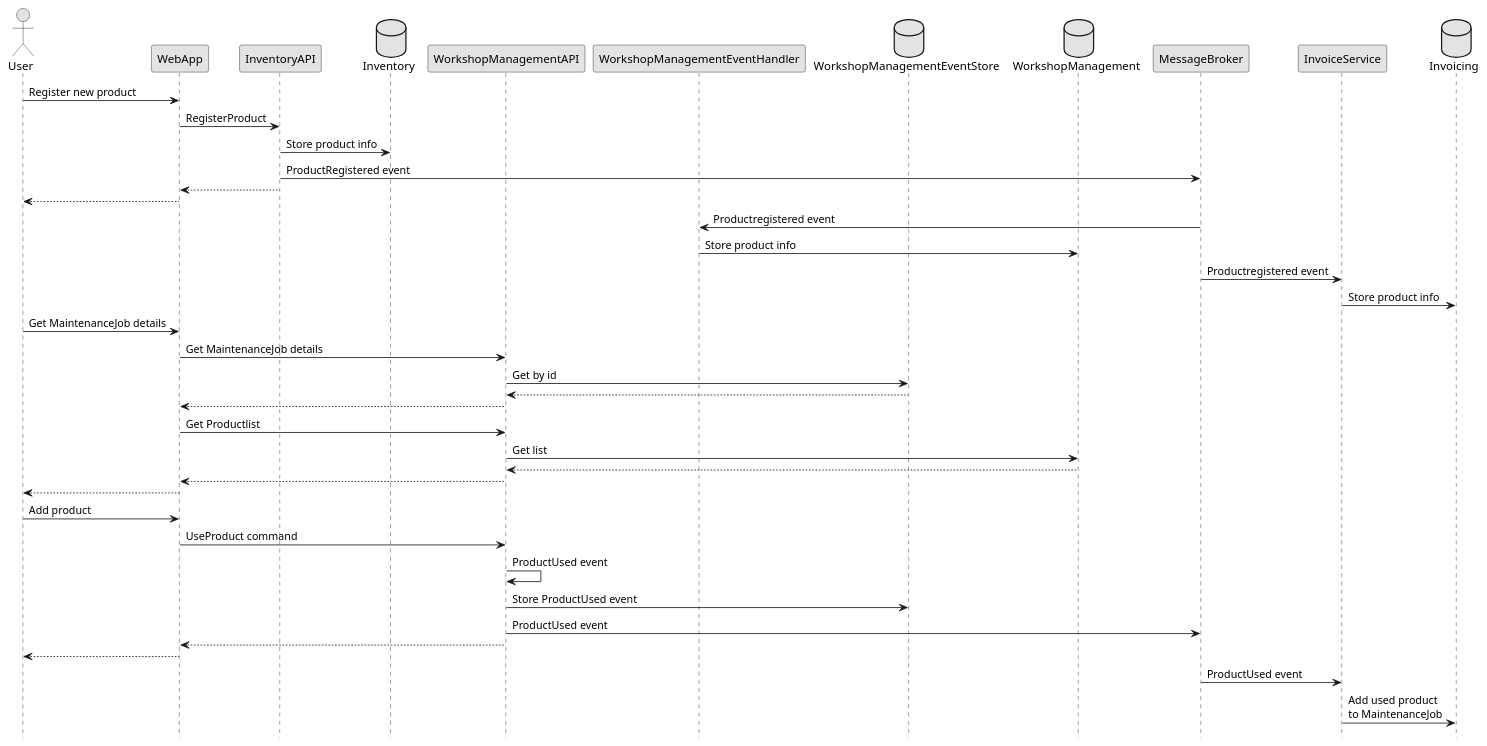
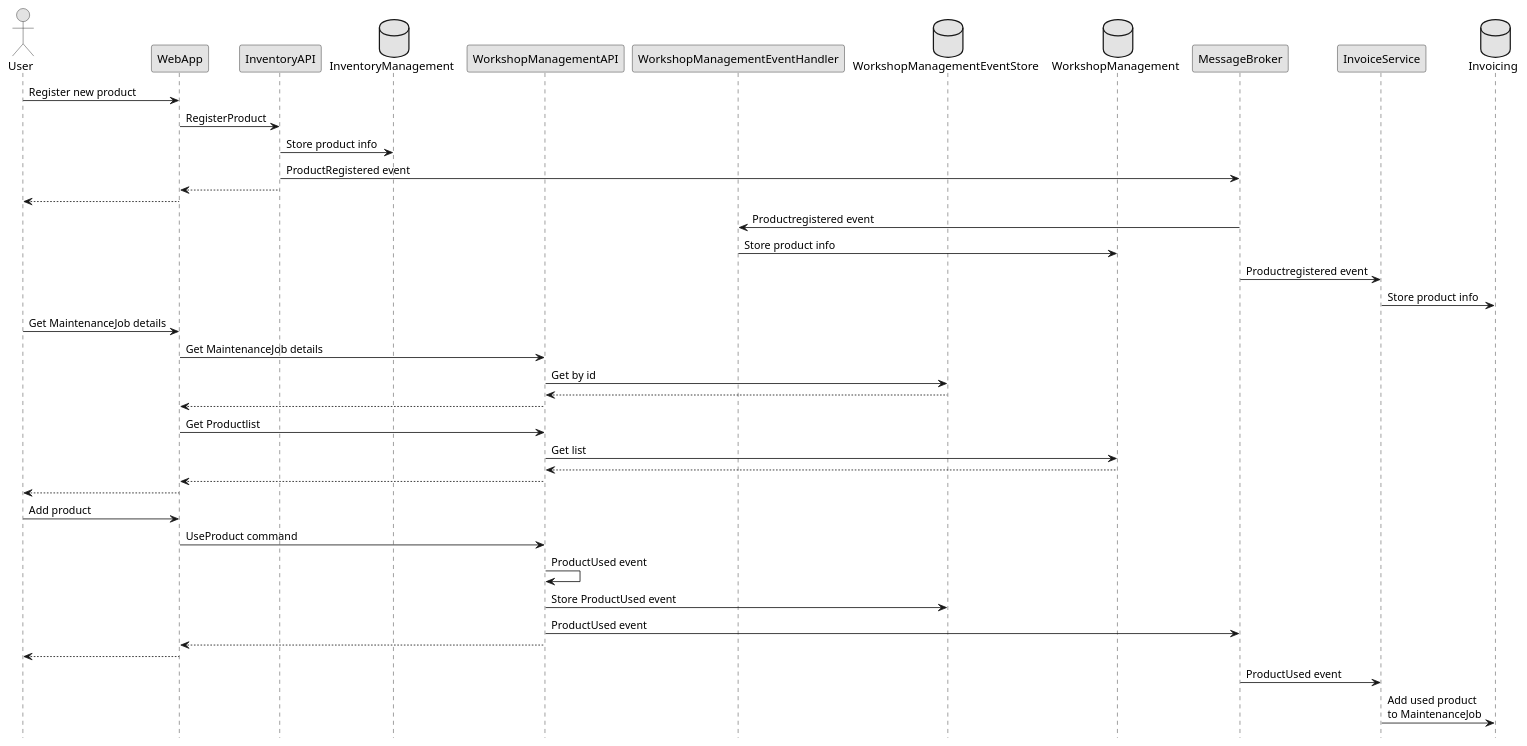
One commit to EdwinVW/cloud-native-architecture-workshop changed the diagram in inventory-management.puml. Above: the diagram before and after it, drawn with PlantUML. The commit also changed 1 other file, not shown here.

Commit message:
Updated InventoryManagement sequence diagram

```diff
--- a/inventory-management.puml
+++ b/inventory-management.puml
@@ -1,50 +1,50 @@
 @startuml
 
 skinparam monochrome true
 hide footbox
 
 actor User
 participant WebApp
 participant InventoryAPI
-database Inventory
+database InventoryManagement
 participant WorkshopManagementAPI
 participant WorkshopManagementEventHandler
 database WorkshopManagementEventStore 
 database WorkshopManagement
 participant MessageBroker
 participant InvoiceService
 database Invoicing
 
 User -> WebApp: Register new product
 WebApp -> InventoryAPI: RegisterProduct
-InventoryAPI -> Inventory: Store product info
+InventoryAPI -> InventoryManagement: Store product info
 InventoryAPI -> MessageBroker: ProductRegistered event
 WebApp <-- InventoryAPI
 User <-- WebApp
 MessageBroker -> WorkshopManagementEventHandler: Productregistered event
 WorkshopManagementEventHandler -> WorkshopManagement: Store product info
 MessageBroker -> InvoiceService: Productregistered event
 InvoiceService -> Invoicing: Store product info
 
 User -> WebApp: Get MaintenanceJob details
 WebApp -> WorkshopManagementAPI: Get MaintenanceJob details
 WorkshopManagementAPI -> WorkshopManagementEventStore: Get by id
 WorkshopManagementAPI <-- WorkshopManagementEventStore
 WebApp <-- WorkshopManagementAPI
 WebApp -> WorkshopManagementAPI: Get Productlist
 WorkshopManagementAPI -> WorkshopManagement: Get list
 WorkshopManagementAPI <-- WorkshopManagement
 WebApp <-- WorkshopManagementAPI
 User <-- WebApp
 User -> WebApp: Add product
 WebApp -> WorkshopManagementAPI: UseProduct command
 WorkshopManagementAPI -> WorkshopManagementAPI: ProductUsed event
 WorkshopManagementAPI -> WorkshopManagementEventStore: Store ProductUsed event
 WorkshopManagementAPI -> MessageBroker: ProductUsed event
 WebApp <-- WorkshopManagementAPI
 User <-- WebApp
 
 MessageBroker -> InvoiceService: ProductUsed event
 InvoiceService -> Invoicing: Add used product\nto MaintenanceJob
 
 @enduml
```
